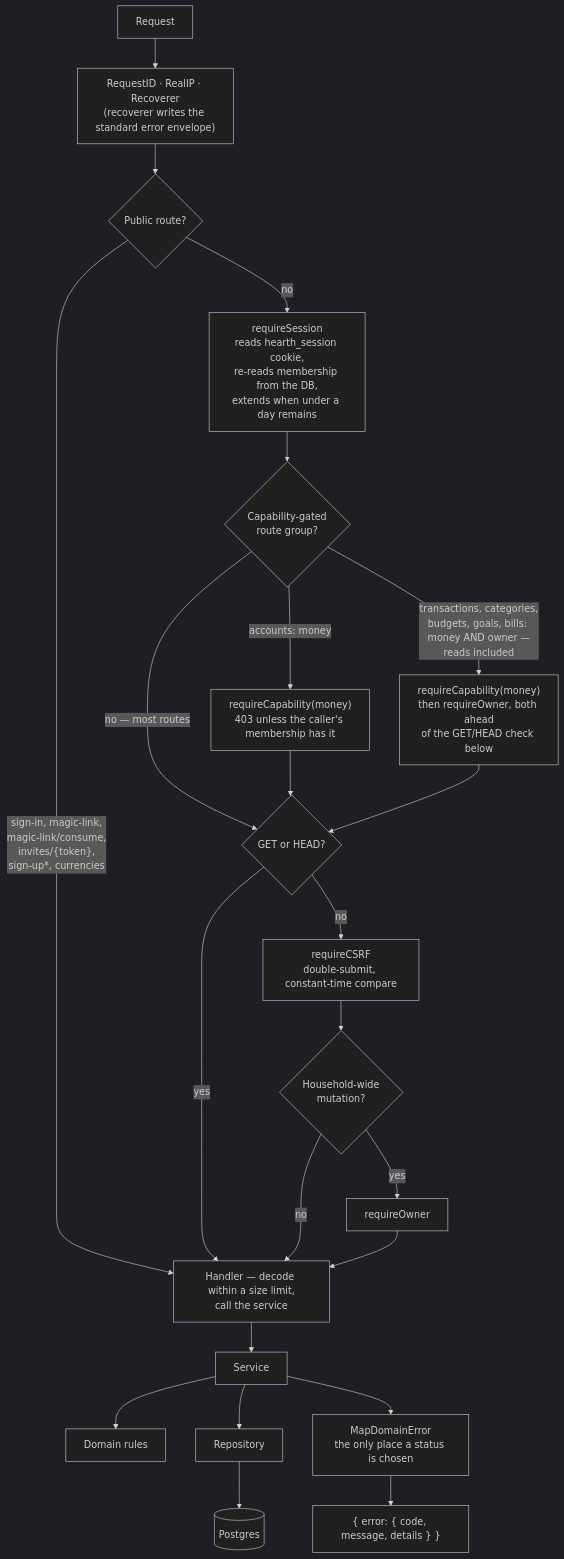
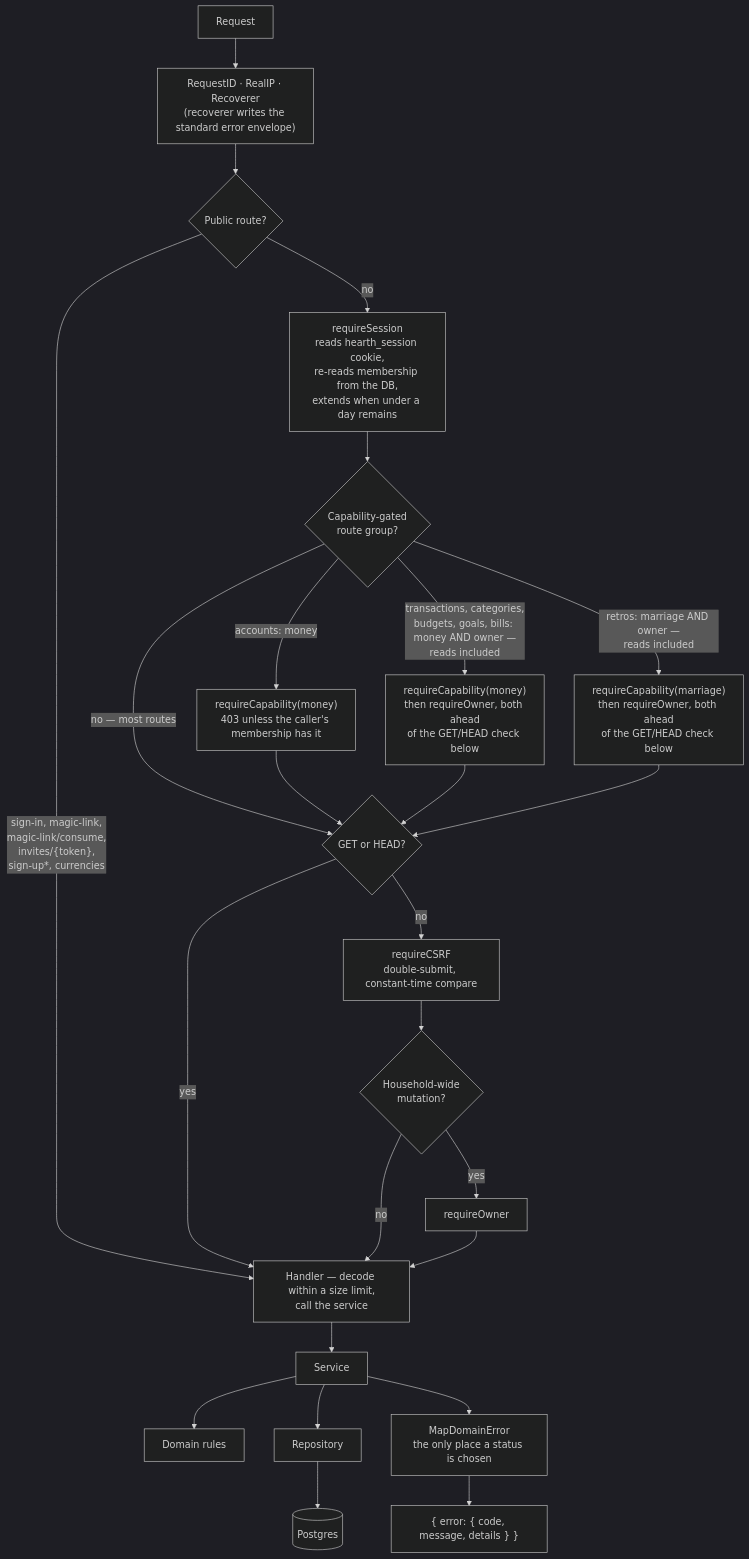
One commit to oandrz/Household changed the fourth of 16 diagrams in docs/SYSTEM_DESIGN.md. Above: the diagram before and after it, drawn with Mermaid (dark theme). The commit also changed other lines of this file and 74 other files, not shown here.

````diff
--- a/docs/SYSTEM_DESIGN.md
+++ b/docs/SYSTEM_DESIGN.md
@@ -350,29 +376,31 @@
 ```mermaid
 graph TD
     Req["Request"] --> RID["RequestID · RealIP · Recoverer<br/>(recoverer writes the standard error envelope)"]
     RID --> Public{"Public route?"}
 
     Public -->|"sign-in, magic-link,<br/>magic-link/consume,<br/>invites/{token},<br/>sign-up*, currencies"| Handler
     Public -->|no| Session["requireSession<br/>reads hearth_session cookie,<br/>re-reads membership from the DB,<br/>extends when under a day remains"]
 
     Session --> Cap{"Capability-gated<br/>route group?"}
     Cap -->|"accounts: money"| RequireCap["requireCapability(money)<br/>403 unless the caller's membership has it"]
     Cap -->|"transactions, categories,<br/>budgets, goals, bills: money AND owner —<br/>reads included"| RequireCapTxn["requireCapability(money)<br/>then requireOwner, both ahead<br/>of the GET/HEAD check below"]
+    Cap -->|"retros: marriage AND owner —<br/>reads included"| RequireCapRetro["requireCapability(marriage)<br/>then requireOwner, both ahead<br/>of the GET/HEAD check below"]
     Cap -->|"no — most routes"| Safe{"GET or HEAD?"}
     RequireCap --> Safe
     RequireCapTxn --> Safe
+    RequireCapRetro --> Safe
     Safe -->|yes| Handler
     Safe -->|no| CSRF["requireCSRF<br/>double-submit, constant-time compare"]
 
     CSRF --> Owner{"Household-wide<br/>mutation?"}
     Owner -->|yes| RequireOwner["requireOwner"]
     Owner -->|no| Handler
     RequireOwner --> Handler
 
     Handler["Handler — decode within a size limit,<br/>call the service"] --> Service["Service"]
     Service --> Domain["Domain rules"]
     Service --> Repo["Repository"]
     Repo --> DB[("Postgres")]
     Service --> MapErr["MapDomainError<br/>the only place a status is chosen"]
     MapErr --> Resp["{ error: { code, message, details } }"]
 ```
````
